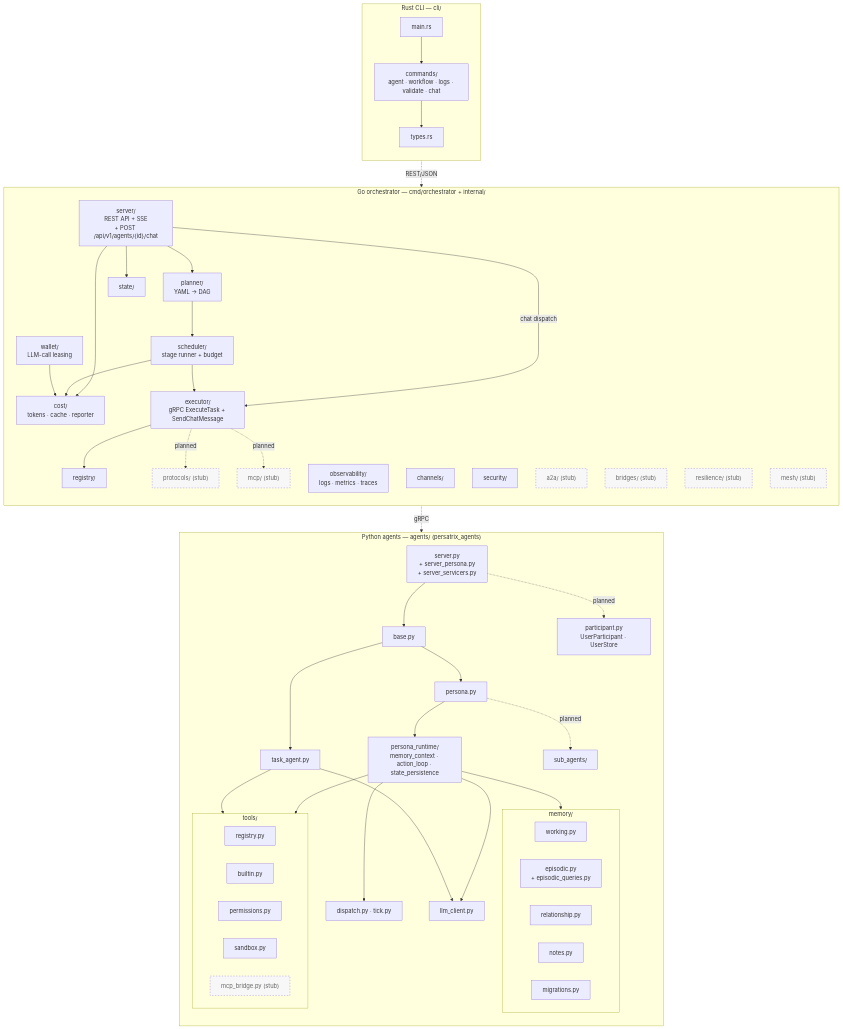
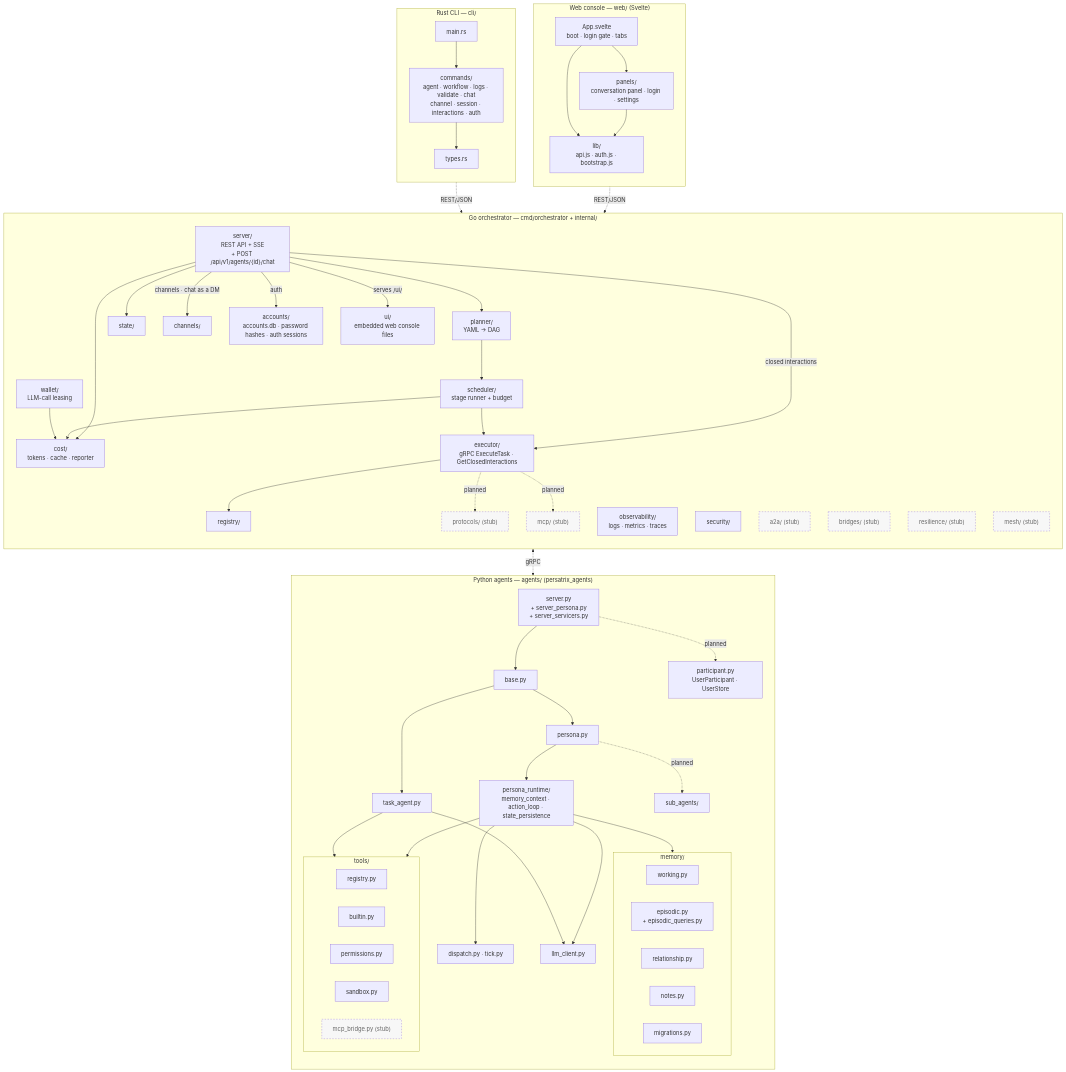
Before and after one commit to mkhomutov/Persatrix: the diagram in docs/diagrams/component-architecture.md, drawn with Mermaid. The commit also changed other lines of this file and 2 other files, not shown here.

First line of the commit message:
docs(diagrams): draw accounts, the web console, the wallet and CLI commands (#904)

````diff
--- a/docs/diagrams/component-architecture.md
+++ b/docs/diagrams/component-architecture.md
@@ -9,10 +17,20 @@
     subgraph Rust["Rust CLI — cli/"]
         direction TB
         MAIN["main.rs"]
-        CMD["commands/<br/>agent · workflow · logs · validate · chat"]
+        CMD["commands/<br/>agent · workflow · logs · validate · chat<br/>channel · session · interactions · auth"]
         TYPES["types.rs"]
         MAIN --> CMD
         CMD --> TYPES
+    end
+
+    subgraph Web["Web console — web/ (Svelte)"]
+        direction TB
+        WAPP["App.svelte<br/>boot · login gate · tabs"]
+        WPANELS["panels/<br/>conversation panel · login · settings"]
+        WLIB["lib/<br/>api.js · auth.js · bootstrap.js"]
+        WAPP --> WPANELS
+        WAPP --> WLIB
+        WPANELS --> WLIB
     end
 
     subgraph Go["Go orchestrator — cmd/orchestrator + internal/"]
@@ -20,7 +38,7 @@
         SERVER["server/<br/>REST API + SSE<br/>+ POST /api/v1/agents/{id}/chat"]
         PLANNER["planner/<br/>YAML → DAG"]
         SCHEDULER["scheduler/<br/>stage runner + budget"]
-        EXECUTOR["executor/<br/>gRPC ExecuteTask + SendChatMessage"]
+        EXECUTOR["executor/<br/>gRPC ExecuteTask · GetClosedInteractions"]
         REGISTRY["registry/"]
         STATE["state/"]
         COST["cost/<br/>tokens · cache · reporter"]
@@ -28,6 +46,8 @@
         TELE["observability/<br/>logs · metrics · traces"]
         CHAN["channels/"]
         SEC["security/"]
+        ACCOUNTS["accounts/<br/>accounts.db · password hashes · auth sessions"]
+        UI["ui/<br/>embedded web console files"]
 
         A2A["a2a/ (stub)"]:::stub
         BRIDGES["bridges/ (stub)"]:::stub
@@ -39,7 +59,10 @@
         SERVER --> PLANNER
         SERVER --> STATE
         SERVER --> COST
-        SERVER -->|chat dispatch| EXECUTOR
+        SERVER -->|channels · chat as a DM| CHAN
+        SERVER -->|closed interactions| EXECUTOR
+        SERVER -->|auth| ACCOUNTS
+        SERVER -->|serves /ui/| UI
         PLANNER --> SCHEDULER
         SCHEDULER --> EXECUTOR
         SCHEDULER --> COST
@@ -92,7 +115,8 @@
     end
 
     Rust -.->|REST/JSON| Go
-    Go -.->|gRPC| Py
+    Web -.->|REST/JSON| Go
+    Go <-.->|gRPC| Py
 
     classDef stub stroke-dasharray: 4 4,fill:#f7f7f7,color:#666
 ```
````
